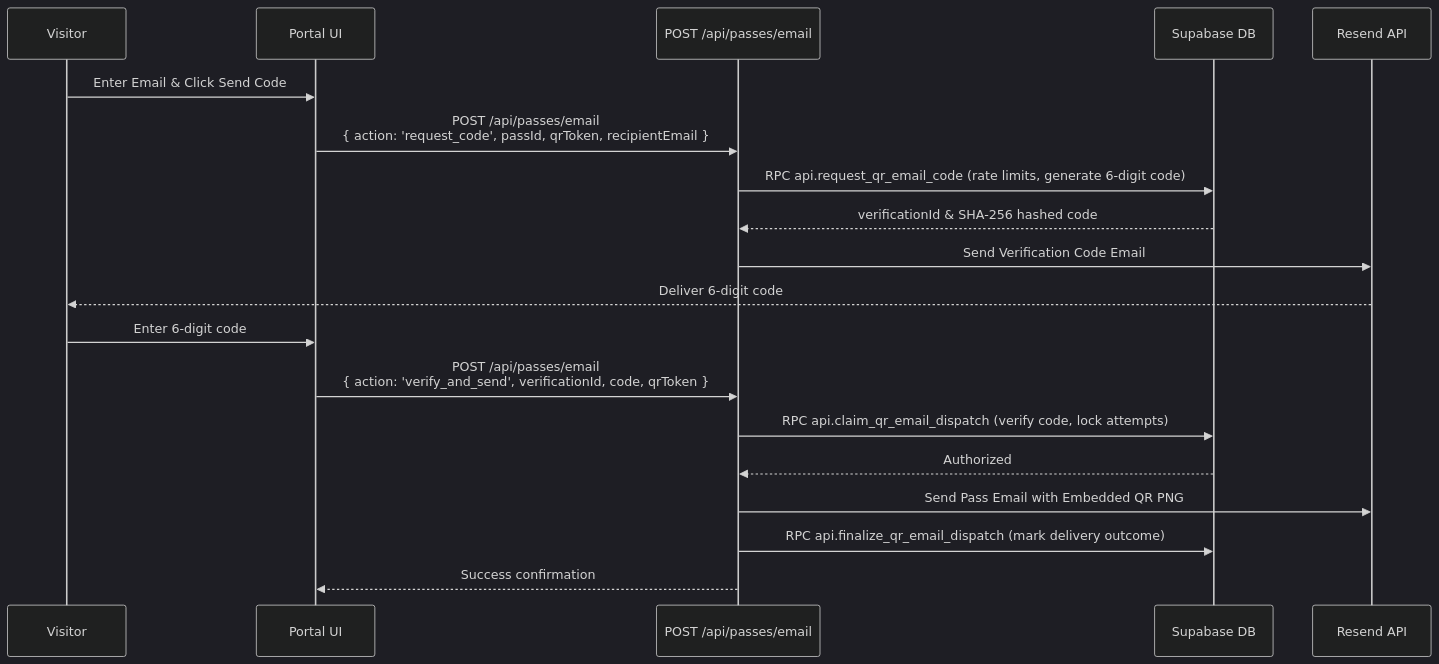
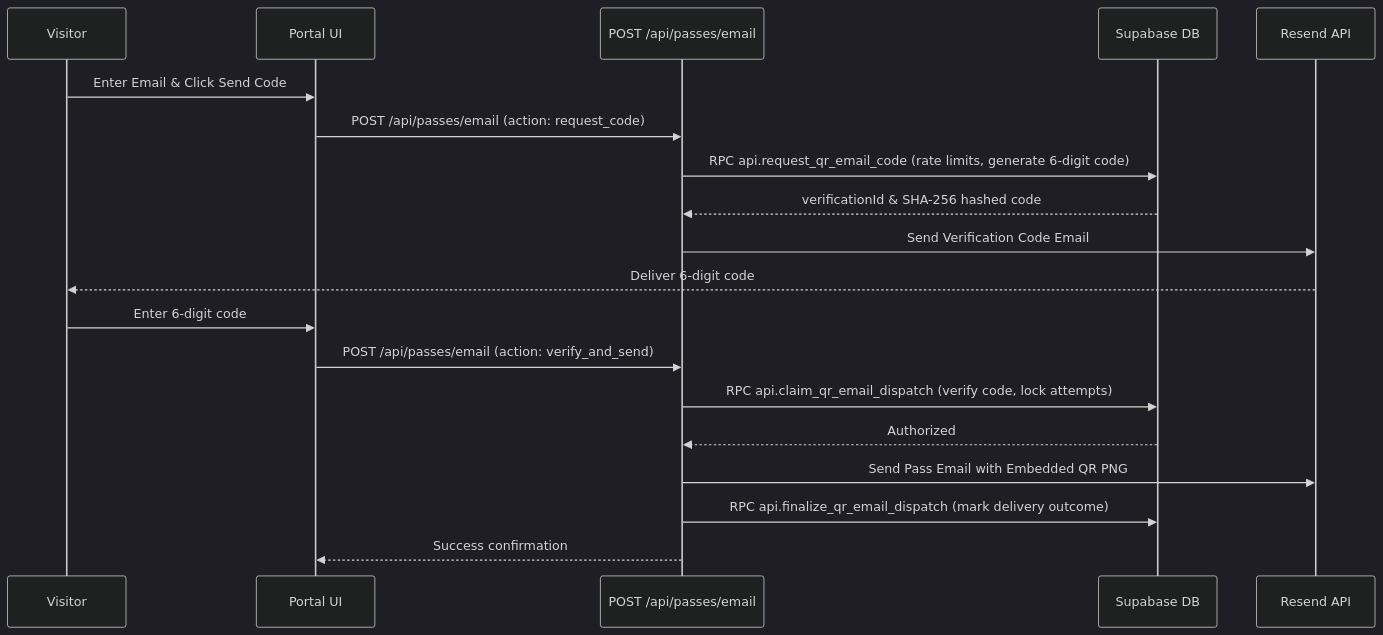
Before and after one commit to jsphhbna/egatepass: the ninth of 10 diagrams in README.md, drawn with Mermaid (dark theme). The commit also changed other lines of this file and 12 other files, not shown here.

Commit message:
docs: fix Mermaid rendering and documentation drift

````diff
--- a/README.md
+++ b/README.md
@@ -307,23 +313,23 @@
 ```mermaid
 sequenceDiagram
     participant V as Visitor
     participant UI as Portal UI
     participant API as POST /api/passes/email
     participant DB as Supabase DB
     participant Resend as Resend API
 
     V->>UI: Enter Email & Click Send Code
-    UI->>API: POST /api/passes/email<br/>{ action: 'request_code', passId, qrToken, recipientEmail }
+    UI->>API: POST /api/passes/email (action: request_code)
     API->>DB: RPC api.request_qr_email_code (rate limits, generate 6-digit code)
     DB-->>API: verificationId & SHA-256 hashed code
     API->>Resend: Send Verification Code Email
     Resend-->>V: Deliver 6-digit code
 
     V->>UI: Enter 6-digit code
-    UI->>API: POST /api/passes/email<br/>{ action: 'verify_and_send', verificationId, code, qrToken }
+    UI->>API: POST /api/passes/email (action: verify_and_send)
     API->>DB: RPC api.claim_qr_email_dispatch (verify code, lock attempts)
     DB-->>API: Authorized
     API->>Resend: Send Pass Email with Embedded QR PNG
     API->>DB: RPC api.finalize_qr_email_dispatch (mark delivery outcome)
     API-->>UI: Success confirmation
 ```
````
